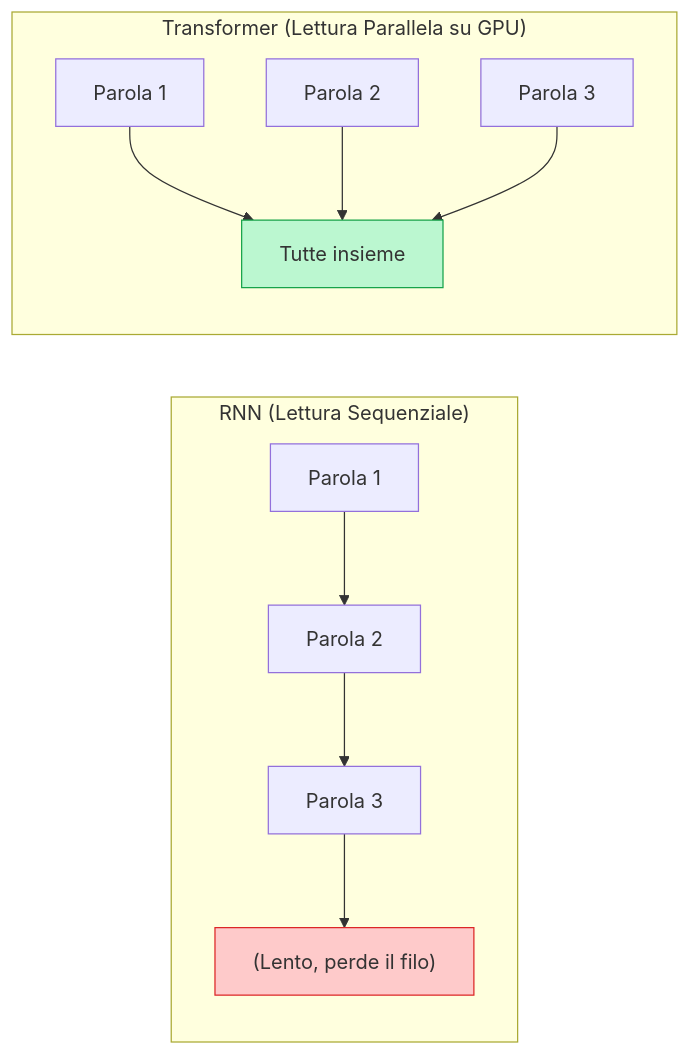
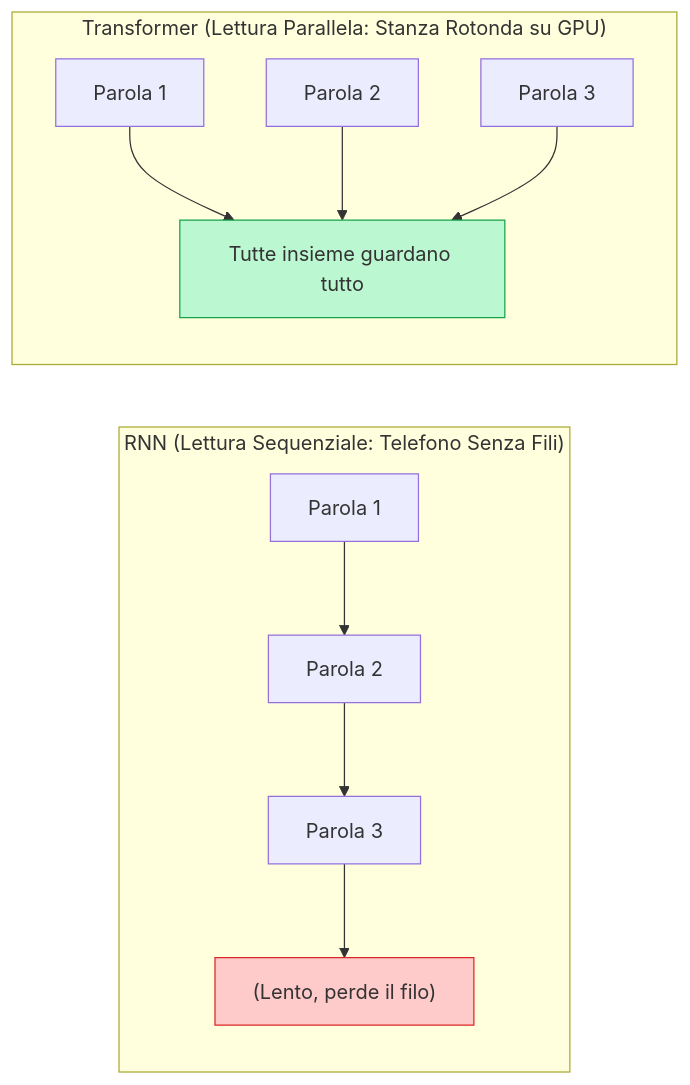
Before and after one commit to Bebbolus/stazione-knowledge: the first of 2 diagrams in docs/D09-transformers-llm.md, drawn with Mermaid. The commit also changed other lines of this file, not shown here.

Commit message:
feat: redesign dell'interfaccia di lettura in stile Duolingo

````diff
--- a/docs/D09-transformers-llm.md
+++ b/docs/D09-transformers-llm.md
@@ -30,15 +28,15 @@
 ```mermaid
 graph LR
-    subgraph "RNN (Lettura Sequenziale)"
+    subgraph "RNN (Lettura Sequenziale: Telefono Senza Fili)"
         R1[Parola 1] --> R2[Parola 2] --> R3[Parola 3] --> RLento["(Lento, perde il filo)"]
     end
     
-    subgraph "Transformer (Lettura Parallela su GPU)"
-        T1[Parola 1] --> TAll["Tutte insieme"]
+    subgraph "Transformer (Lettura Parallela: Stanza Rotonda su GPU)"
+        T1[Parola 1] --> TAll["Tutte insieme guardano tutto"]
         T2[Parola 2] --> TAll
         T3[Parola 3] --> TAll
     end
     
     style RLento fill:#fecaca,stroke:#dc2626
     style TAll fill:#bbf7d0,stroke:#16a34a
 ```
````
